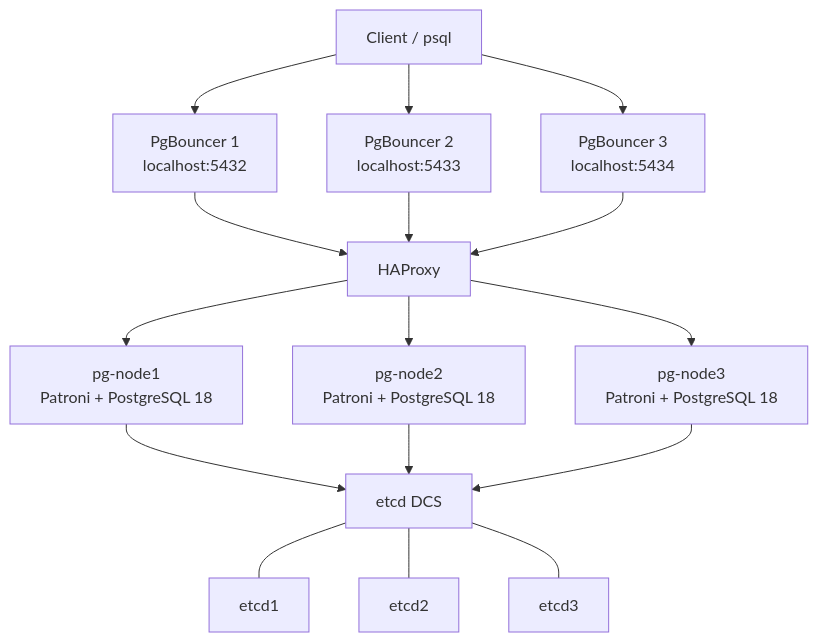
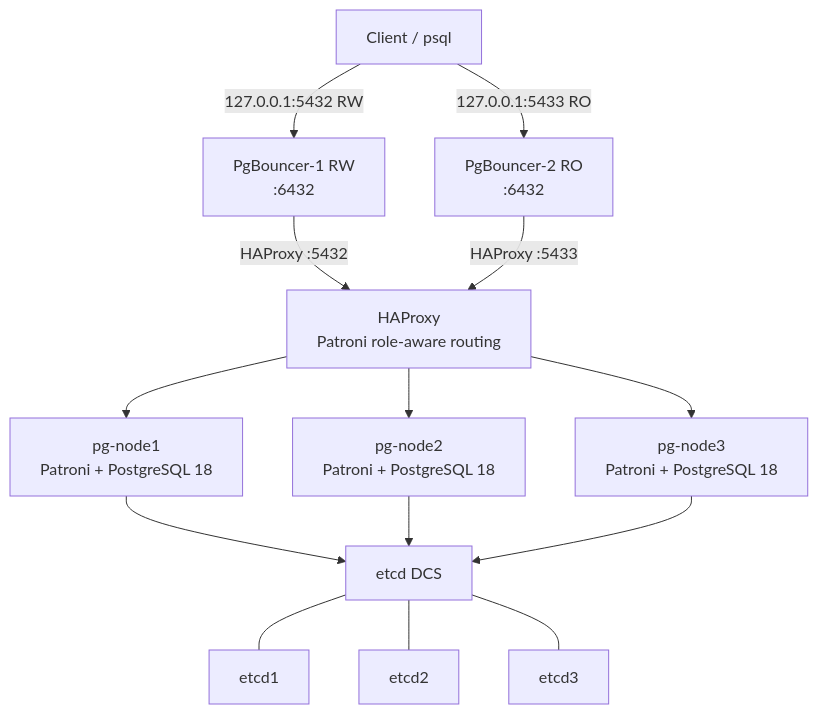
Before and after one commit to andrasfeher/postgresql-replication-routing-lab: the diagram in README.md, drawn with Mermaid. The commit also changed other lines of this file and 4 other files, not shown here.

First line of the commit message:
docs: update README for Patroni HA architecture

````diff
--- a/README.md
+++ b/README.md
@@ -28,24 +28,22 @@
 ```mermaid
 flowchart TB
     C[Client / psql]
 
-    C --> P1[PgBouncer 1\nlocalhost:5432]
-    C --> P2[PgBouncer 2\nlocalhost:5433]
-    C --> P3[PgBouncer 3\nlocalhost:5434]
+    C -->|127.0.0.1:5432 RW| P1[PgBouncer-1 RW\n:6432]
+    C -->|127.0.0.1:5433 RO| P2[PgBouncer-2 RO\n:6432]
 
-    P1 --> H[HAProxy]
-    P2 --> H
-    P3 --> H
+    P1 -->|HAProxy :5432| H[HAProxy\nPatroni role-aware routing]
+    P2 -->|HAProxy :5433| H
 
     H --> N1[pg-node1\nPatroni + PostgreSQL 18]
     H --> N2[pg-node2\nPatroni + PostgreSQL 18]
     H --> N3[pg-node3\nPatroni + PostgreSQL 18]
 
     N1 --> E[etcd DCS]
     N2 --> E
     N3 --> E
 
     E --- E1[etcd1]
     E --- E2[etcd2]
     E --- E3[etcd3]
 ```
````
